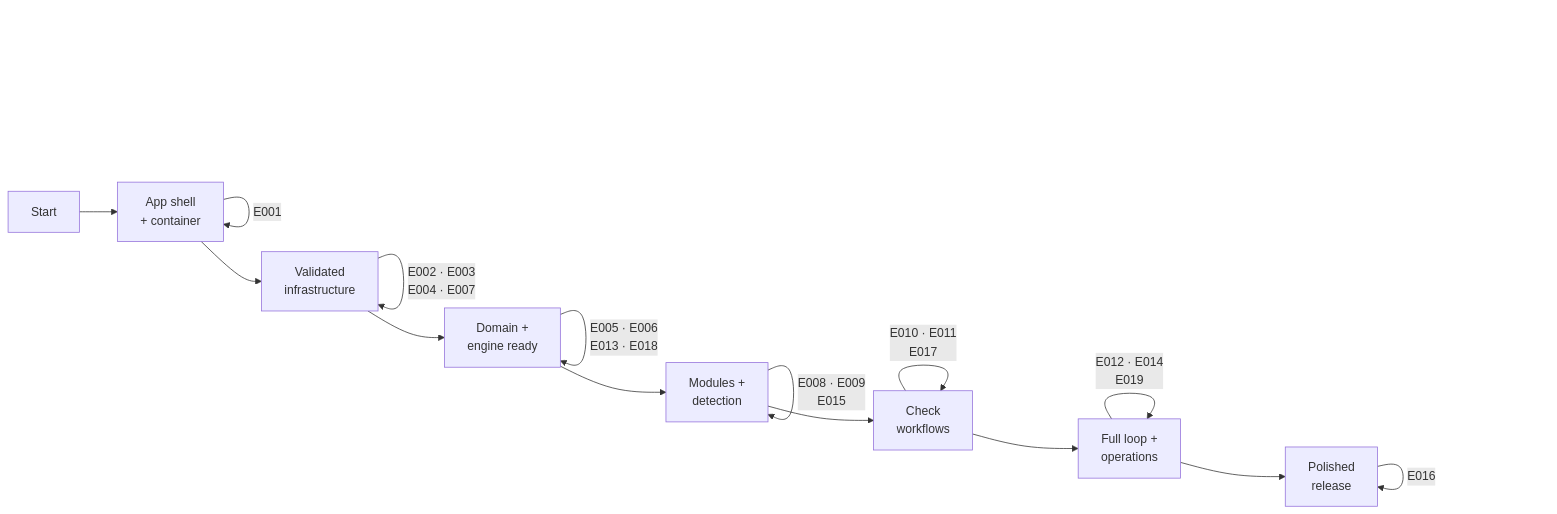
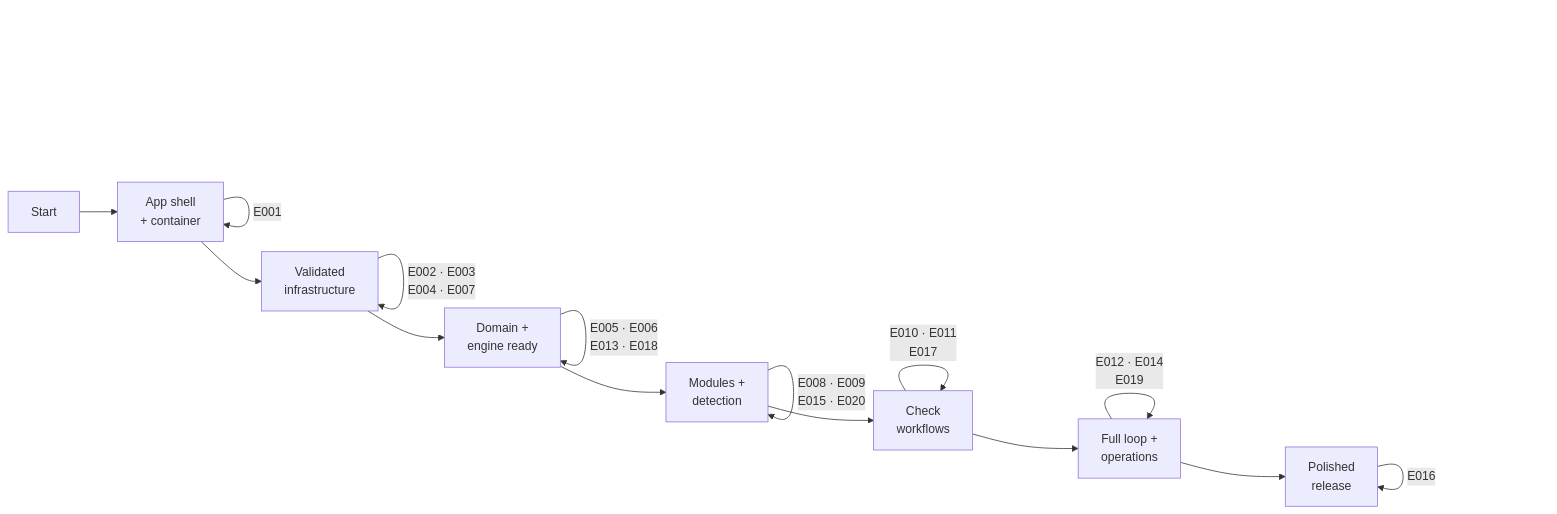
Before and after one commit to attilaszasz/Binocular: the diagram in specs/project-plan.md, drawn with Mermaid. The commit also changed other lines of this file, not shown here.

````diff
--- a/specs/project-plan.md
+++ b/specs/project-plan.md
@@ -76,23 +77,23 @@
 ```mermaid
 graph LR
     START["Start"] --> M1["App shell<br>+ container"]
     M1 -->|E001| M1
 
     M1 --> M2["Validated<br>infrastructure"]
     M2 -->|"E002 · E003<br>E004 · E007"| M2
 
     M2 --> M3["Domain +<br>engine ready"]
     M3 -->|"E005 · E006<br>E013 · E018"| M3
 
     M3 --> M4["Modules +<br>detection"]
-    M4 -->|"E008 · E009<br>E015"| M4
+    M4 -->|"E008 · E009<br>E015 · E020"| M4
 
     M4 --> M5["Check<br>workflows"]
     M5 -->|"E010 · E011<br>E017"| M5
 
     M5 --> M6["Full loop +<br>operations"]
     M6 -->|"E012 · E014<br>E019"| M6
 
     M6 --> M7["Polished<br>release"]
     M7 -->|E016| M7
 ```
````
